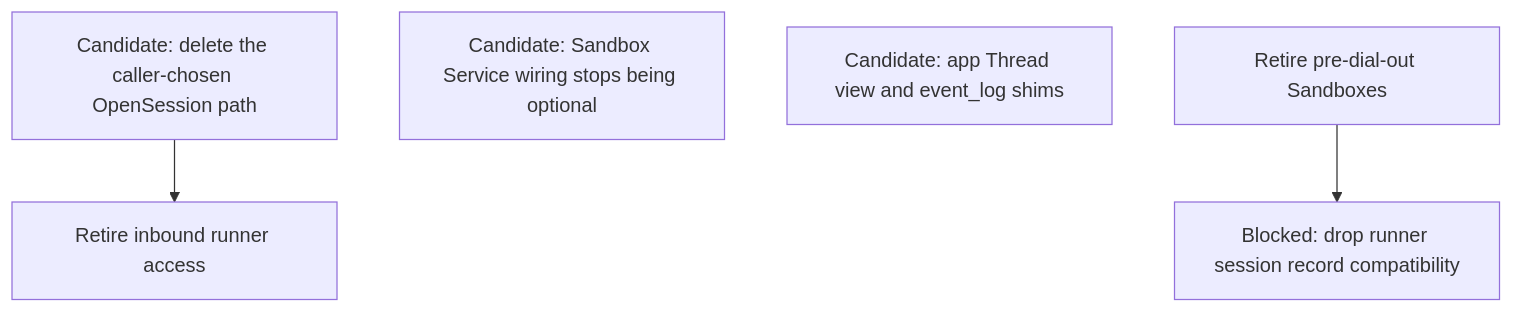
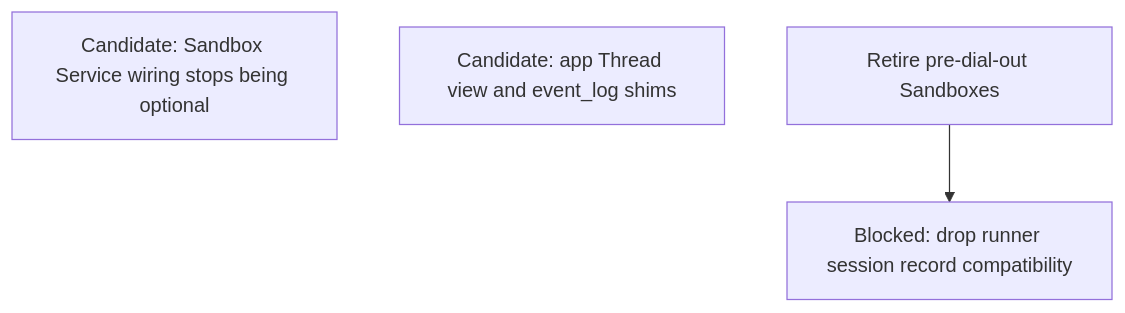
One commit to agentydragon-agent/ducktape changed diagram 11 of 11 in agentplane/plans/task_dag.md. Above: the diagram before and after it, drawn with Mermaid. The commit also changed other lines of this file and 30 other files, not shown here.

First line of the commit message:
agentplane: delete the caller-chosen OpenSession path (#9806)

````diff
--- a/agentplane/plans/task_dag.md
+++ b/agentplane/plans/task_dag.md
@@ -922,11 +922,8 @@
 ```mermaid
 flowchart TD
-    OPEN_SESSION_RETIRE[Candidate: delete the caller-chosen OpenSession path]
     SANDBOX_SERVICE_RESOURCES_REQUIRED[Candidate: Sandbox Service wiring stops being optional]
     APP_THREAD_VIEW_CLEANUP[Candidate: app Thread view and event_log shims]
-    RUNNER_INBOUND_RETIRE[Retire inbound runner access]
-    OPEN_SESSION_RETIRE --> RUNNER_INBOUND_RETIRE
     RUNNER_SESSION_RECORD_SHIMS[Blocked: drop runner session record compatibility]
     LEGACY_SANDBOX_RETIRE[Retire pre-dial-out Sandboxes]
     LEGACY_SANDBOX_RETIRE --> RUNNER_SESSION_RECORD_SHIMS
 ```
````
